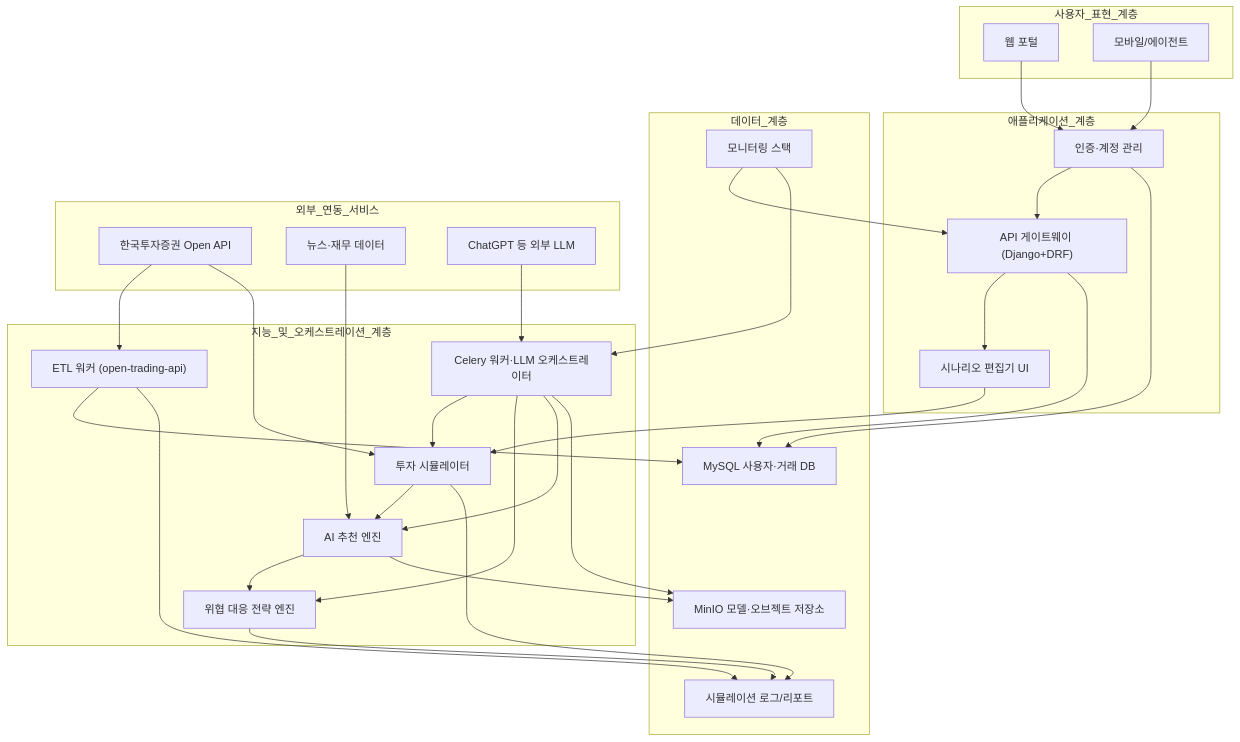
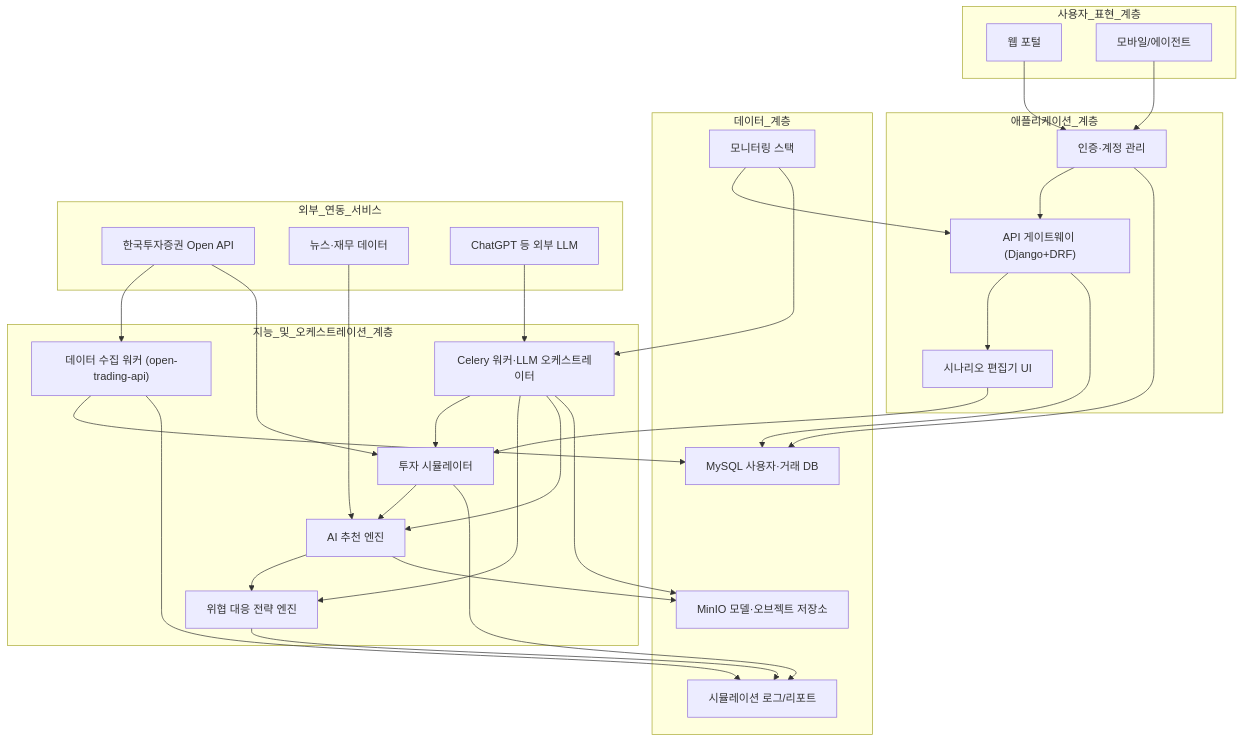
One commit to movingmin/X-AI-Convergence-Capstone-Crew changed the diagram in mdfiles/WhatcanIdo.md. Above: the diagram before and after it, drawn with Mermaid. The commit also changed other lines of this file, not shown here.

````diff
--- a/mdfiles/WhatcanIdo.md
+++ b/mdfiles/WhatcanIdo.md
@@ -3,54 +3,54 @@
 ```mermaid
 graph TD
     subgraph 사용자_표현_계층
         A["웹 포털"]
         B["모바일/에이전트"]
     end
     subgraph 애플리케이션_계층
         C["인증·계정 관리"]
         D["시나리오 편집기 UI"]
         E["API 게이트웨이 (Django+DRF)"]
     end
     subgraph 지능_및_오케스트레이션_계층
         F["투자 시뮬레이터"]
         G["위협 대응 전략 엔진"]
         H["AI 추천 엔진"]
         I["Celery 워커·LLM 오케스트레이터"]
-        J["ETL 워커 (open-trading-api)"]
+        J["데이터 수집 워커 (open-trading-api)"]
     end
     subgraph 데이터_계층
         K["MySQL 사용자·거래 DB"]
         L["시뮬레이션 로그/리포트"]
         M["MinIO 모델·오브젝트 저장소"]
         N["모니터링 스택"]
     end
     subgraph 외부_연동_서비스
         O["한국투자증권 Open API"]
         P["뉴스·재무 데이터"]
         Q["ChatGPT 등 외부 LLM"]
     end
     A --> C
     B --> C
     C --> E
     E --> D
     D --> F
     F --> H
     H --> G
     G --> L
     F --> L
     C --> K
     E --> K
     I --> F
     I --> G
     I --> H
     J --> K
     J --> L
     H --> M
     I --> M
     N --> E
     N --> I
     O --> J
     O --> F
     P --> H
     Q --> I
 ```
````
